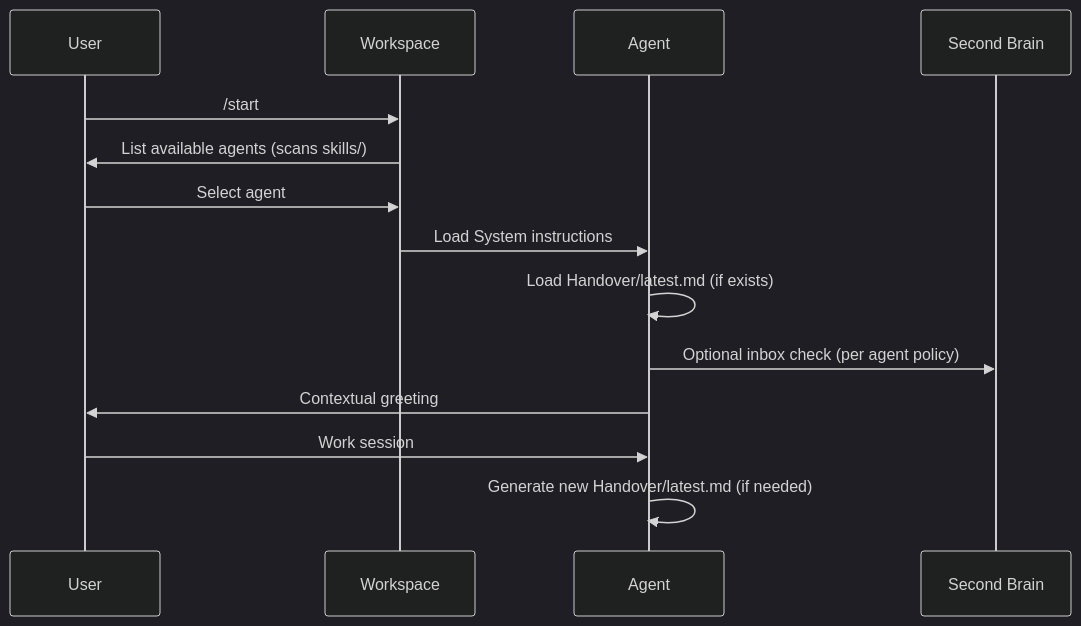
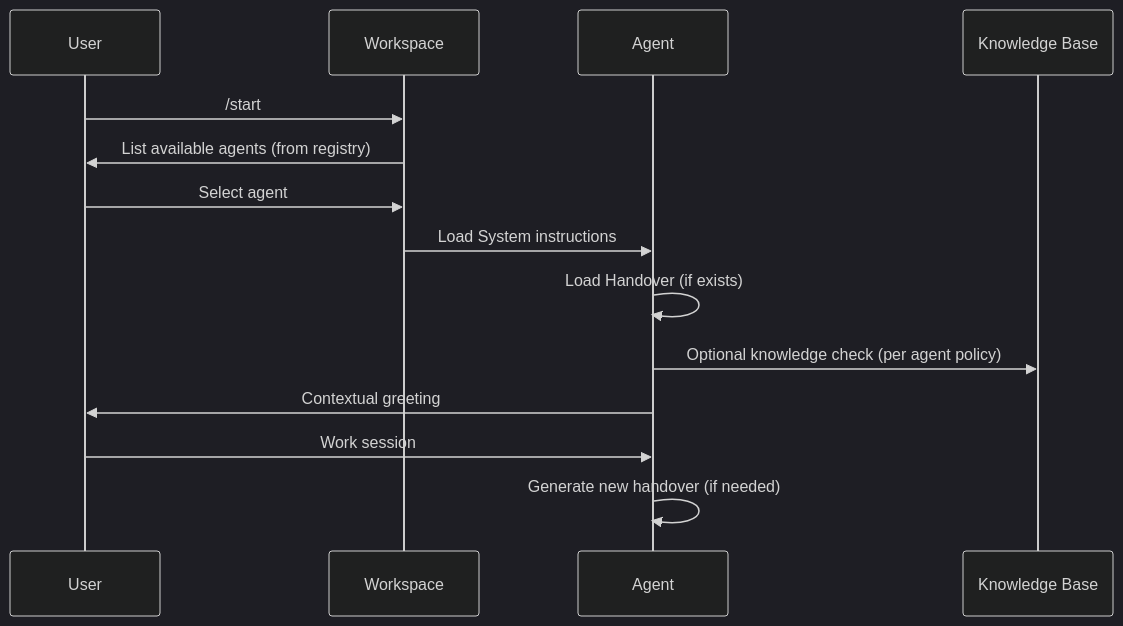
One commit to mellowism/life-os-starter changed the second of 2 diagrams in framework/Life OS Framework.md. Above: the diagram before and after it, drawn with Mermaid (dark theme). The commit also changed other lines of this file and 11 other files, not shown here.

````diff
--- a/framework/Life OS Framework.md
+++ b/framework/Life OS Framework.md
@@ -194,18 +187,18 @@
 ```mermaid
 sequenceDiagram
     participant U as User
     participant W as Workspace
     participant A as Agent
-    participant SB as Second Brain
+    participant KB as Knowledge Base
 
     U->>W: /start
-    W->>U: List available agents (scans skills/)
+    W->>U: List available agents (from registry)
     U->>W: Select agent
     W->>A: Load System instructions
-    A->>A: Load Handover/latest.md (if exists)
-    A->>SB: Optional inbox check (per agent policy)
+    A->>A: Load Handover (if exists)
+    A->>KB: Optional knowledge check (per agent policy)
     A->>U: Contextual greeting
 
     U->>A: Work session
-    A->>A: Generate new Handover/latest.md (if needed)
+    A->>A: Generate new handover (if needed)
 ```
````
